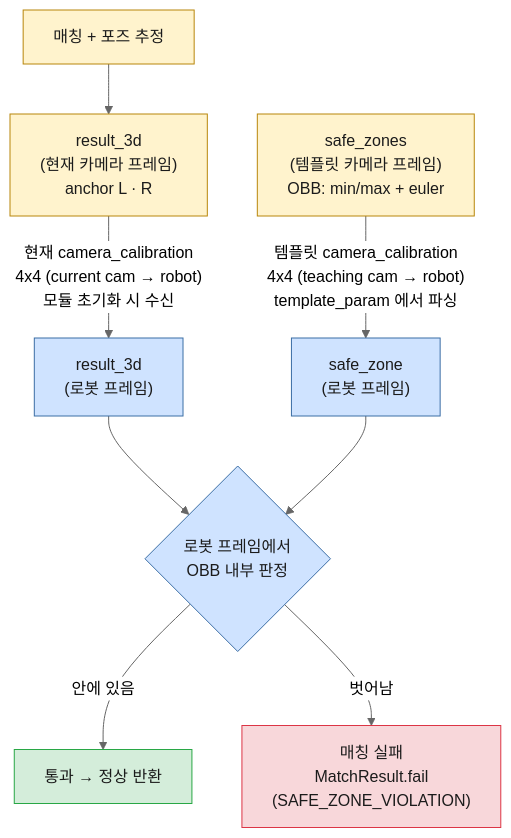
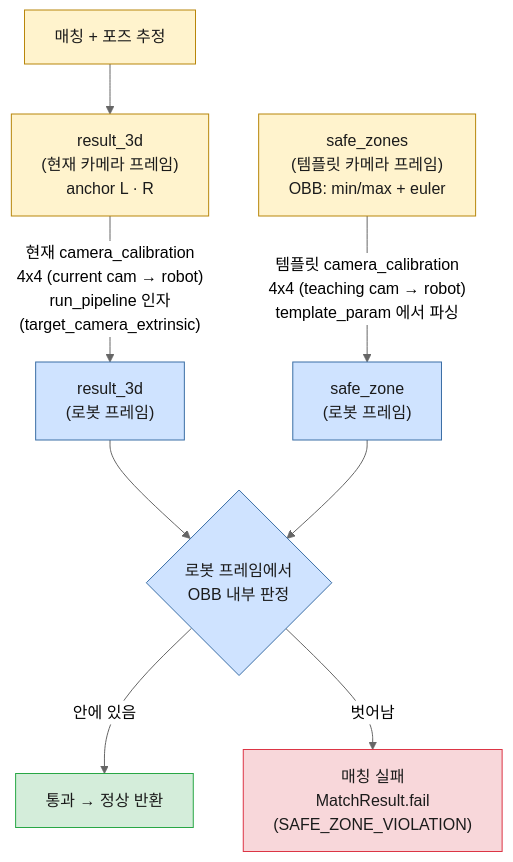
The diagram in docs/safe_zone_check.md (bruce-282/matching_module), drawn with Mermaid (neutral theme) before and after one commit. The commit also changed other lines of this file and 1 other file, not shown here.

First line of the commit message:
Pass runtime camera extrinsic via run_pipeline; cache teaching calibration

````diff
--- a/docs/safe_zone_check.md
+++ b/docs/safe_zone_check.md
@@ -202,22 +204,22 @@
 ```mermaid
 flowchart TB
     M["매칭 + 포즈 추정"] --> R["result_3d<br/>(현재 카메라 프레임)<br/>anchor L · R"]
     T["safe_zones<br/>(템플릿 카메라 프레임)<br/>OBB: min/max + euler"]
 
-    R -->|"현재 camera_calibration<br/>4x4 (current cam → robot)<br/>모듈 초기화 시 수신"| RB["result_3d<br/>(로봇 프레임)"]
+    R -->|"현재 camera_calibration<br/>4x4 (current cam → robot)<br/>run_pipeline 인자(target_camera_extrinsic)"| RB["result_3d<br/>(로봇 프레임)"]
     T -->|"템플릿 camera_calibration<br/>4x4 (teaching cam → robot)<br/>template_param 에서 파싱"| TB["safe_zone<br/>(로봇 프레임)"]
 
     RB --> C{"로봇 프레임에서<br/>OBB 내부 판정"}
     TB --> C
     C -->|"안에 있음"| PASS["통과 → 정상 반환"]
     C -->|"벗어남"| FAIL["매칭 실패<br/>MatchResult.fail<br/>(SAFE_ZONE_VIOLATION)"]
 
     classDef input fill:#fff3cd,stroke:#b8860b,color:#1b1b1b;
     classDef robot fill:#cfe3ff,stroke:#3b6ea5,color:#1b1b1b;
     classDef pass fill:#d4edda,stroke:#28a745,color:#1b1b1b;
     classDef fail fill:#f8d7da,stroke:#dc3545,color:#1b1b1b;
     class M,R,T input;
     class RB,TB,C robot;
     class PASS pass;
     class FAIL fail;
 ```
````
